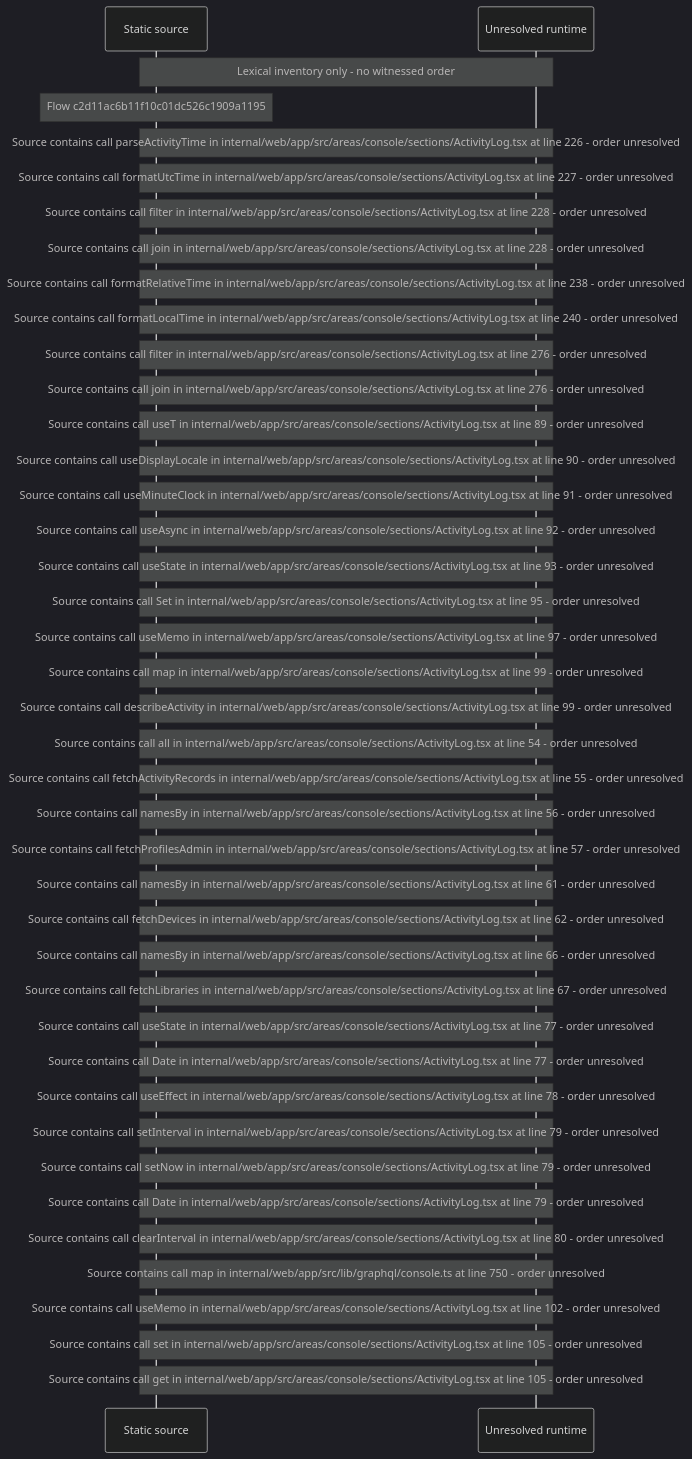
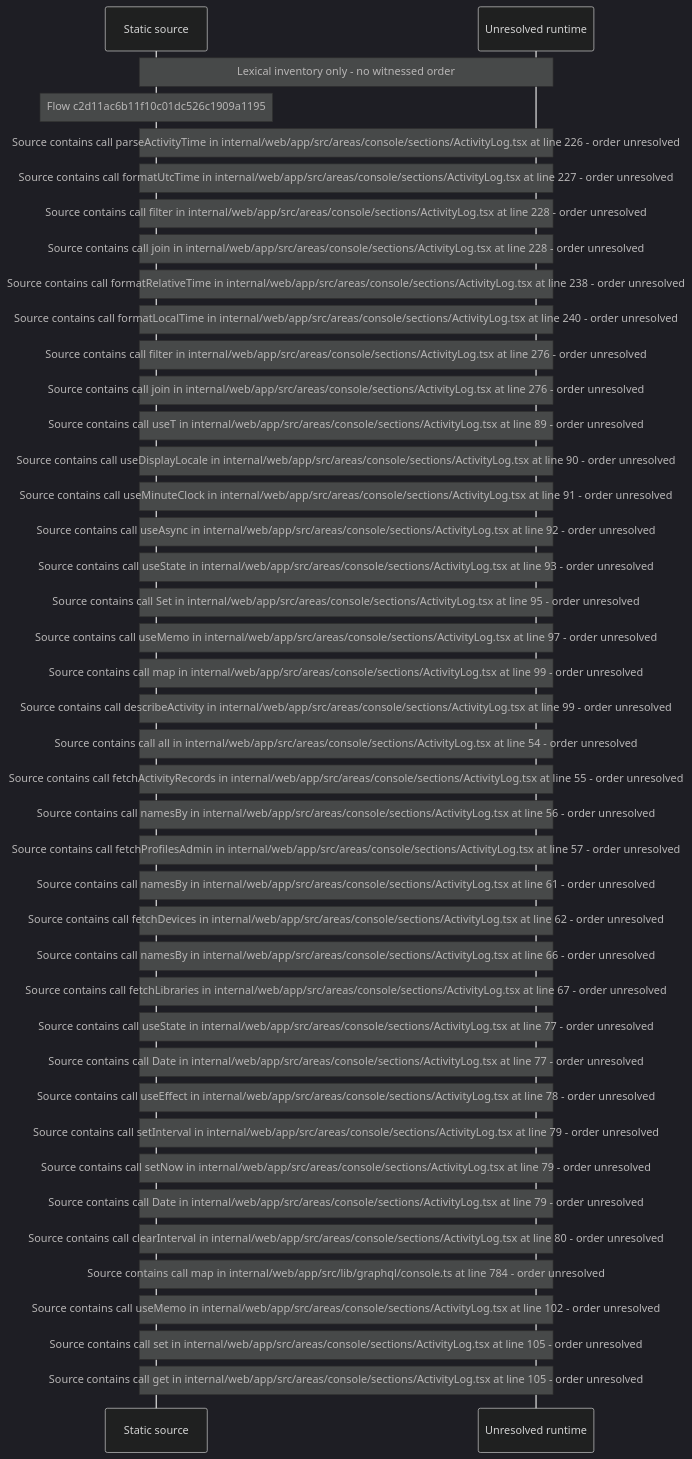
The diagram in docs/web/flows/generated/c2d11ac6b11f10c01dc526c1909a1195/flow-diagram.md (beamfall/core), drawn with Mermaid (dark theme) before and after one commit. The commit also changed other lines of this file and 714 other files, not shown here.

Commit message:
Regenerate the web flow record on the batch 5 head (CORE-1762)

````diff
--- a/docs/web/flows/generated/c2d11ac6b11f10c01dc526c1909a1195/flow-diagram.md
+++ b/docs/web/flows/generated/c2d11ac6b11f10c01dc526c1909a1195/flow-diagram.md
@@ -10,43 +10,43 @@
 ```mermaid
 sequenceDiagram
     participant S as Static source
     participant U as Unresolved runtime
     Note over S,U: Lexical inventory only - no witnessed order
     Note over S: Flow c2d11ac6b11f10c01dc526c1909a1195
     Note over S,U: Source contains call parseActivityTime in internal/web/app/src/areas/console/sections/ActivityLog.tsx at line 226 - order unresolved
     Note over S,U: Source contains call formatUtcTime in internal/web/app/src/areas/console/sections/ActivityLog.tsx at line 227 - order unresolved
     Note over S,U: Source contains call filter in internal/web/app/src/areas/console/sections/ActivityLog.tsx at line 228 - order unresolved
     Note over S,U: Source contains call join in internal/web/app/src/areas/console/sections/ActivityLog.tsx at line 228 - order unresolved
     Note over S,U: Source contains call formatRelativeTime in internal/web/app/src/areas/console/sections/ActivityLog.tsx at line 238 - order unresolved
     Note over S,U: Source contains call formatLocalTime in internal/web/app/src/areas/console/sections/ActivityLog.tsx at line 240 - order unresolved
     Note over S,U: Source contains call filter in internal/web/app/src/areas/console/sections/ActivityLog.tsx at line 276 - order unresolved
     Note over S,U: Source contains call join in internal/web/app/src/areas/console/sections/ActivityLog.tsx at line 276 - order unresolved
     Note over S,U: Source contains call useT in internal/web/app/src/areas/console/sections/ActivityLog.tsx at line 89 - order unresolved
     Note over S,U: Source contains call useDisplayLocale in internal/web/app/src/areas/console/sections/ActivityLog.tsx at line 90 - order unresolved
     Note over S,U: Source contains call useMinuteClock in internal/web/app/src/areas/console/sections/ActivityLog.tsx at line 91 - order unresolved
     Note over S,U: Source contains call useAsync in internal/web/app/src/areas/console/sections/ActivityLog.tsx at line 92 - order unresolved
     Note over S,U: Source contains call useState in internal/web/app/src/areas/console/sections/ActivityLog.tsx at line 93 - order unresolved
     Note over S,U: Source contains call Set in internal/web/app/src/areas/console/sections/ActivityLog.tsx at line 95 - order unresolved
     Note over S,U: Source contains call useMemo in internal/web/app/src/areas/console/sections/ActivityLog.tsx at line 97 - order unresolved
     Note over S,U: Source contains call map in internal/web/app/src/areas/console/sections/ActivityLog.tsx at line 99 - order unresolved
     Note over S,U: Source contains call describeActivity in internal/web/app/src/areas/console/sections/ActivityLog.tsx at line 99 - order unresolved
     Note over S,U: Source contains call all in internal/web/app/src/areas/console/sections/ActivityLog.tsx at line 54 - order unresolved
     Note over S,U: Source contains call fetchActivityRecords in internal/web/app/src/areas/console/sections/ActivityLog.tsx at line 55 - order unresolved
     Note over S,U: Source contains call namesBy in internal/web/app/src/areas/console/sections/ActivityLog.tsx at line 56 - order unresolved
     Note over S,U: Source contains call fetchProfilesAdmin in internal/web/app/src/areas/console/sections/ActivityLog.tsx at line 57 - order unresolved
     Note over S,U: Source contains call namesBy in internal/web/app/src/areas/console/sections/ActivityLog.tsx at line 61 - order unresolved
     Note over S,U: Source contains call fetchDevices in internal/web/app/src/areas/console/sections/ActivityLog.tsx at line 62 - order unresolved
     Note over S,U: Source contains call namesBy in internal/web/app/src/areas/console/sections/ActivityLog.tsx at line 66 - order unresolved
     Note over S,U: Source contains call fetchLibraries in internal/web/app/src/areas/console/sections/ActivityLog.tsx at line 67 - order unresolved
     Note over S,U: Source contains call useState in internal/web/app/src/areas/console/sections/ActivityLog.tsx at line 77 - order unresolved
     Note over S,U: Source contains call Date in internal/web/app/src/areas/console/sections/ActivityLog.tsx at line 77 - order unresolved
     Note over S,U: Source contains call useEffect in internal/web/app/src/areas/console/sections/ActivityLog.tsx at line 78 - order unresolved
     Note over S,U: Source contains call setInterval in internal/web/app/src/areas/console/sections/ActivityLog.tsx at line 79 - order unresolved
     Note over S,U: Source contains call setNow in internal/web/app/src/areas/console/sections/ActivityLog.tsx at line 79 - order unresolved
     Note over S,U: Source contains call Date in internal/web/app/src/areas/console/sections/ActivityLog.tsx at line 79 - order unresolved
     Note over S,U: Source contains call clearInterval in internal/web/app/src/areas/console/sections/ActivityLog.tsx at line 80 - order unresolved
-    Note over S,U: Source contains call map in internal/web/app/src/lib/graphql/console.ts at line 750 - order unresolved
+    Note over S,U: Source contains call map in internal/web/app/src/lib/graphql/console.ts at line 784 - order unresolved
     Note over S,U: Source contains call useMemo in internal/web/app/src/areas/console/sections/ActivityLog.tsx at line 102 - order unresolved
     Note over S,U: Source contains call set in internal/web/app/src/areas/console/sections/ActivityLog.tsx at line 105 - order unresolved
     Note over S,U: Source contains call get in internal/web/app/src/areas/console/sections/ActivityLog.tsx at line 105 - order unresolved
 ```
````
